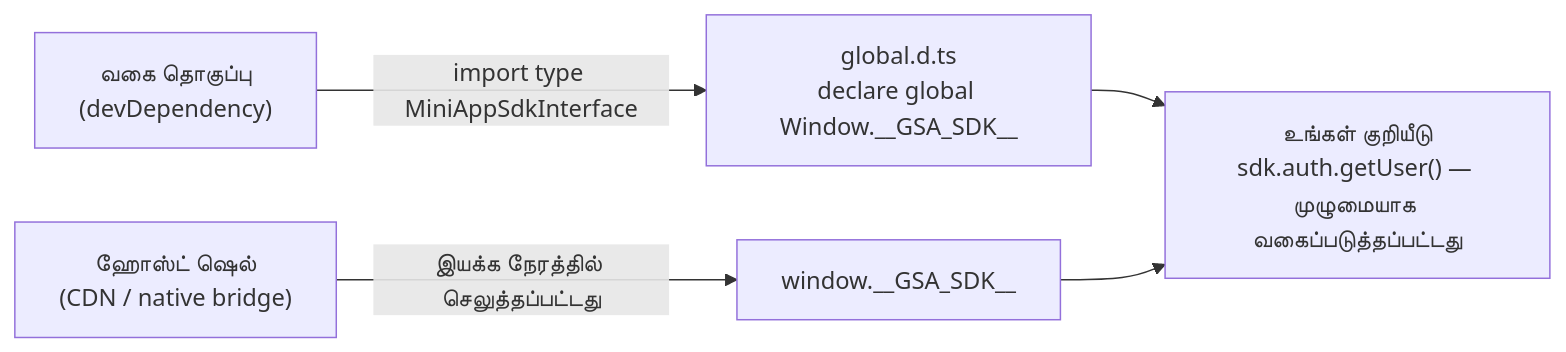
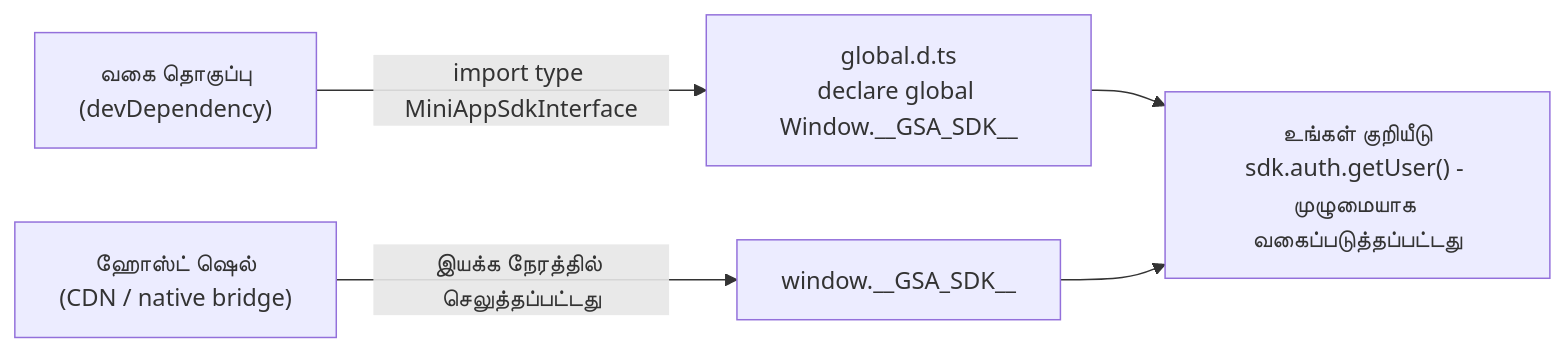
The diagram in i18n/ta/docusaurus-plugin-content-docs/current/getting-started.mdx (lizuzsusil/developer-portal), drawn with Mermaid before and after one commit. The commit also changed other lines of this file and 54 other files, not shown here.

````diff
--- a/i18n/ta/docusaurus-plugin-content-docs/current/getting-started.mdx
+++ b/i18n/ta/docusaurus-plugin-content-docs/current/getting-started.mdx
@@ -25,7 +25,7 @@
 ```mermaid
 flowchart LR
     A["வகை தொகுப்பு<br/>(devDependency)"] -->|"import type MiniAppSdkInterface"| B["global.d.ts<br/>declare global Window.__GSA_SDK__"]
-    B --> C["உங்கள் குறியீடு<br/>sdk.auth.getUser() — முழுமையாக வகைப்படுத்தப்பட்டது"]
+    B --> C["உங்கள் குறியீடு<br/>sdk.auth.getUser() - முழுமையாக வகைப்படுத்தப்பட்டது"]
     D["ஹோஸ்ட் ஷெல்<br/>(CDN / native bridge)"] -->|"இயக்க நேரத்தில் செலுத்தப்பட்டது"| E["window.__GSA_SDK__"]
     E --> C
 ```
````
